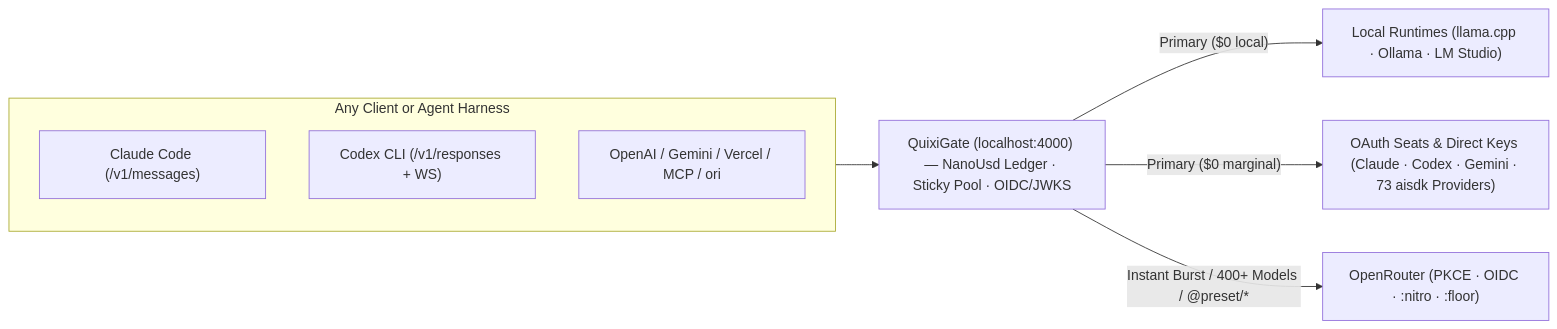
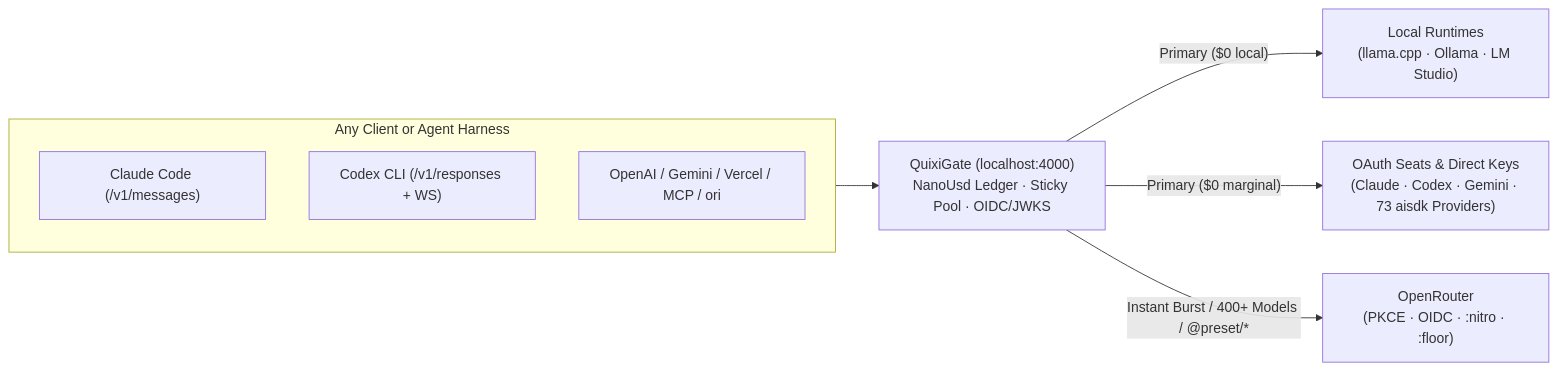
One commit to QuixiAI/QuixiGate changed the diagram in README.md. Above: the diagram before and after it, drawn with Mermaid. The commit also changed other lines of this file, not shown here.

First line of the commit message:
Revise README to highlight QuixiGate advantages

````diff
--- a/README.md
+++ b/README.md
@@ -51,14 +102,14 @@
 ```mermaid
 flowchart LR
     subgraph Clients["Any Client or Agent Harness"]
         CC["Claude Code (/v1/messages)"]
         CX["Codex CLI (/v1/responses + WS)"]
         OA["OpenAI / Gemini / Vercel / MCP / ori"]
     end
 
-    Clients --> QX["QuixiGate (localhost:4000) — NanoUsd Ledger · Sticky Pool · OIDC/JWKS"]
+    Clients --> QX["QuixiGate (localhost:4000)<br/>NanoUsd Ledger · Sticky Pool · OIDC/JWKS"]
 
-    QX -->|"Primary ($0 local)"| Local["Local Runtimes (llama.cpp · Ollama · LM Studio)"]
-    QX -->|"Primary ($0 marginal)"| Subs["OAuth Seats & Direct Keys (Claude · Codex · Gemini · 73 aisdk Providers)"]
-    QX -->|"Instant Burst / 400+ Models / @preset/*"| OR["OpenRouter (PKCE · OIDC · :nitro · :floor)"]
+    QX -->|"Primary ($0 local)"| Local["Local Runtimes<br/>(llama.cpp · Ollama · LM Studio)"]
+    QX -->|"Primary ($0 marginal)"| Subs["OAuth Seats & Direct Keys<br/>(Claude · Codex · Gemini · 73 aisdk Providers)"]
+    QX -->|"Instant Burst / 400+ Models / @preset/*"| OR["OpenRouter<br/>(PKCE · OIDC · :nitro · :floor)"]
 ```
````
